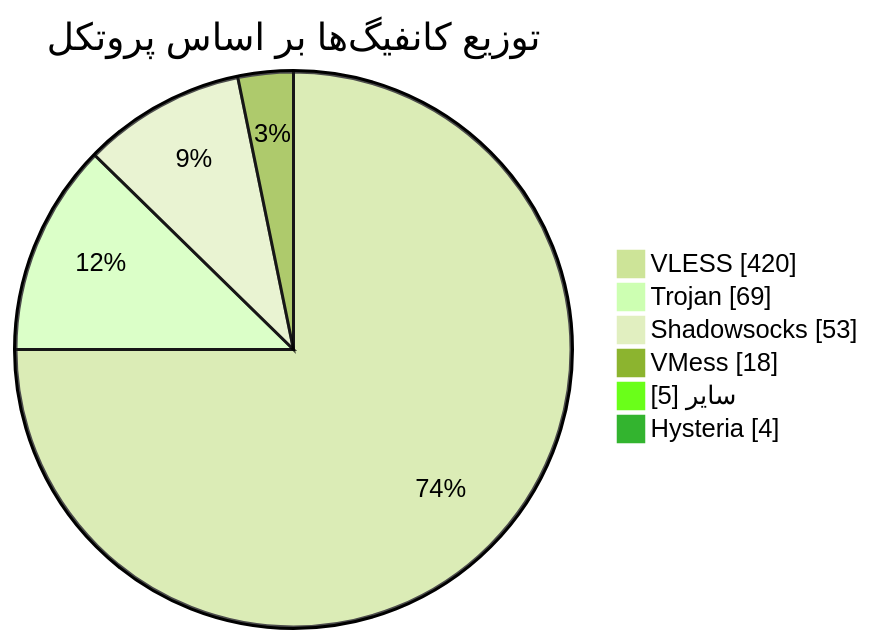
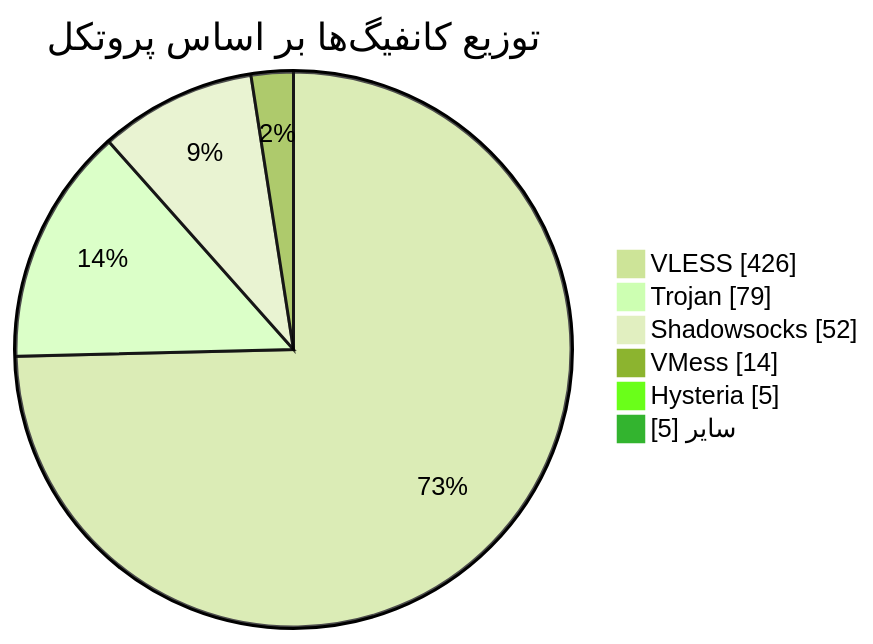
One commit to Arian-Alijani/Somthing changed the diagram in README.md. Above: the diagram before and after it, drawn with Mermaid (forest theme). The commit also changed other lines of this file and 17 other files, not shown here.

````diff
--- a/README.md
+++ b/README.md
@@ -48,10 +48,10 @@
 ```mermaid
 pie showData
     title توزیع کانفیگ‌ها بر اساس پروتکل
-    "VLESS" : 420
-    "Trojan" : 69
-    "Shadowsocks" : 53
-    "VMess" : 18
+    "VLESS" : 426
+    "Trojan" : 79
+    "Shadowsocks" : 52
+    "VMess" : 14
+    "Hysteria" : 5
     "سایر" : 5
-    "Hysteria" : 4
 ```
````
